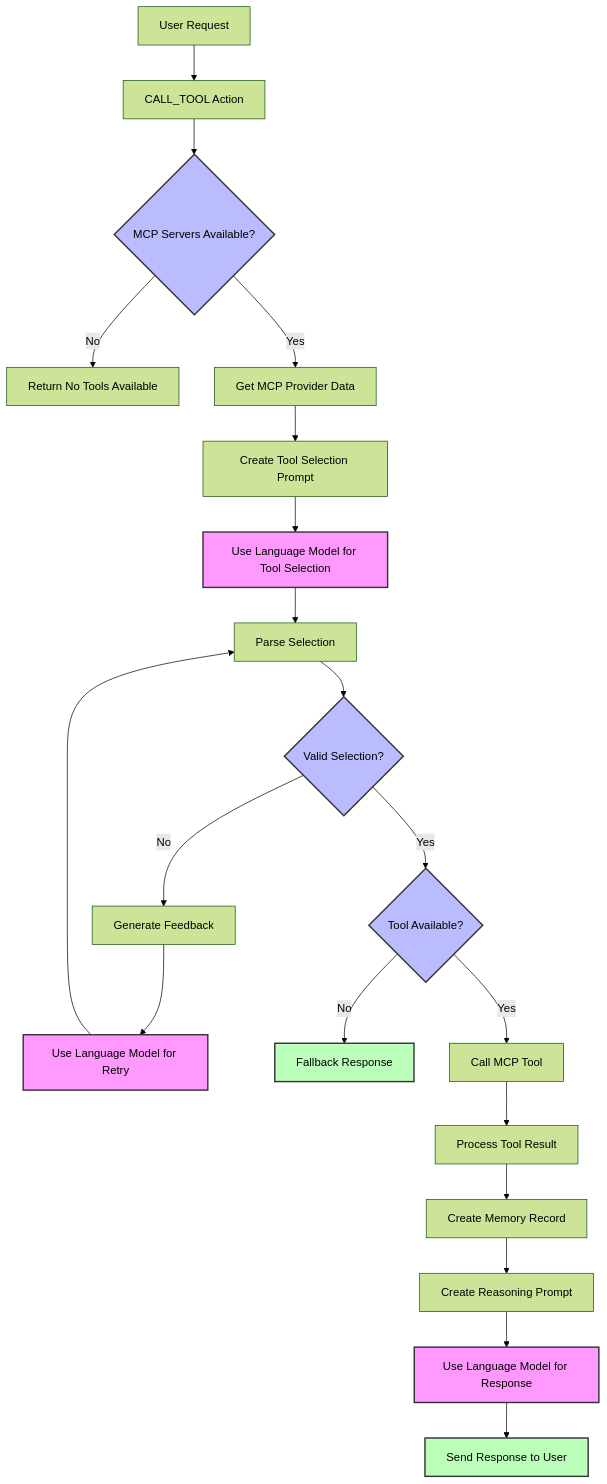
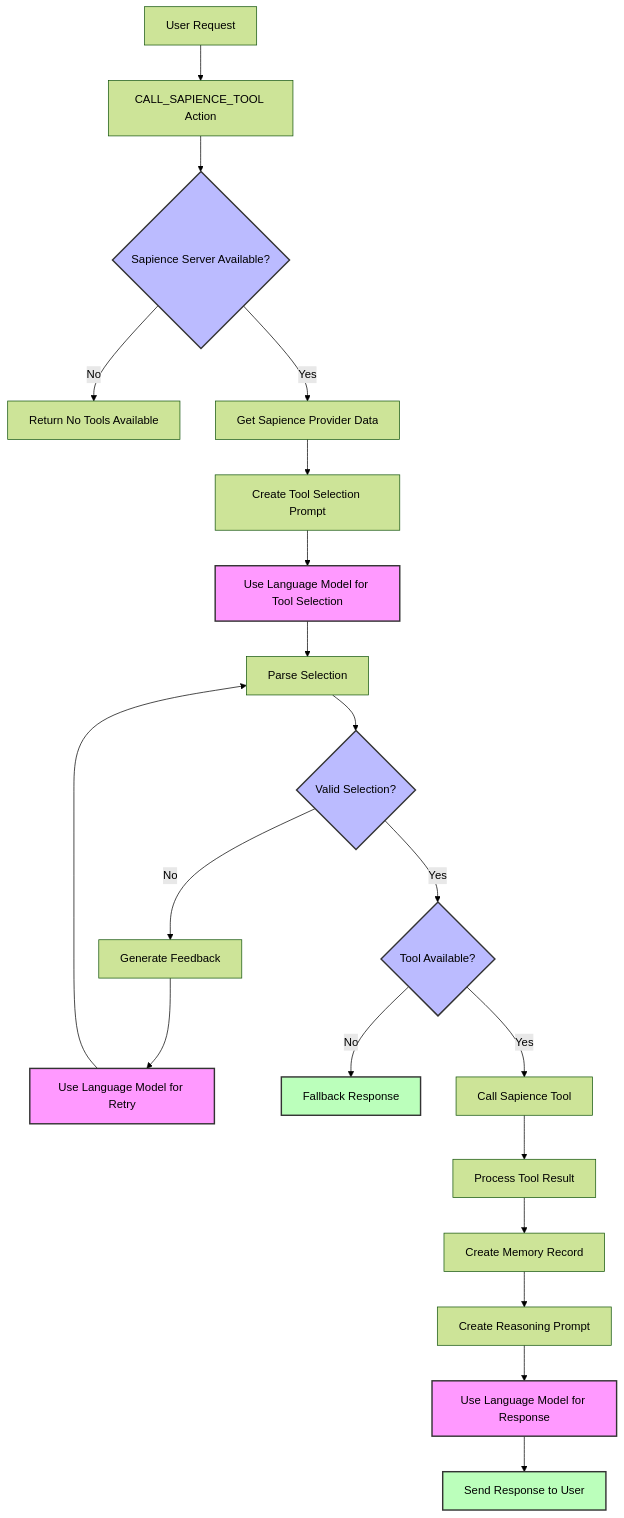
The diagram in README.md (sapiencexyz/plugin-sapience), drawn with Mermaid (forest theme) before and after one commit. The commit also changed other lines of this file and 13 other files, not shown here.

````diff
--- a/README.md
+++ b/README.md
@@ -148,48 +140,48 @@
 ```mermaid
 graph TD
     %% Starting point - User request
-    start[User Request] --> action[CALL_TOOL Action]
+    start[User Request] --> action[CALL_SAPIENCE_TOOL Action]
 
-    %% MCP Server Validation
-    action --> check{MCP Servers Available?}
+    %% Server Validation
+    action --> check{Sapience Server Available?}
     check -->|No| fail[Return No Tools Available]
     
     %% Tool Selection Flow
-    check -->|Yes| state[Get MCP Provider Data]
+    check -->|Yes| state[Get Sapience Provider Data]
     state --> prompt[Create Tool Selection Prompt]
     
     %% First Model Use - Tool Selection
     prompt --> model1[Use Language Model for Tool Selection]
     model1 --> parse[Parse Selection]
     parse --> retry{Valid Selection?}
     
     %% Second Model Use - Retry Selection
     retry -->|No| feedback[Generate Feedback]
     feedback --> model2[Use Language Model for Retry]
     model2 --> parse
     
     %% Tool Selection Result
     retry -->|Yes| toolAvailable{Tool Available?}
     toolAvailable -->|No| fallback[Fallback Response]
     
     %% Tool Execution Flow
-    toolAvailable -->|Yes| callTool[Call MCP Tool]
+    toolAvailable -->|Yes| callTool[Call Sapience Tool]
     callTool --> processResult[Process Tool Result]
     
     %% Memory Creation
     processResult --> createMemory[Create Memory Record]
     createMemory --> reasoningPrompt[Create Reasoning Prompt]
     
     %% Third Model Use - Response Generation
     reasoningPrompt --> model3[Use Language Model for Response]
     model3 --> respondToUser[Send Response to User]
     
     %% Styling
     classDef model fill:#f9f,stroke:#333,stroke-width:2px;
     classDef decision fill:#bbf,stroke:#333,stroke-width:2px;
     classDef output fill:#bfb,stroke:#333,stroke-width:2px;
     
     class model1,model2,model3 model;
     class check,retry,toolAvailable decision;
     class respondToUser,fallback output;
 ```
````
